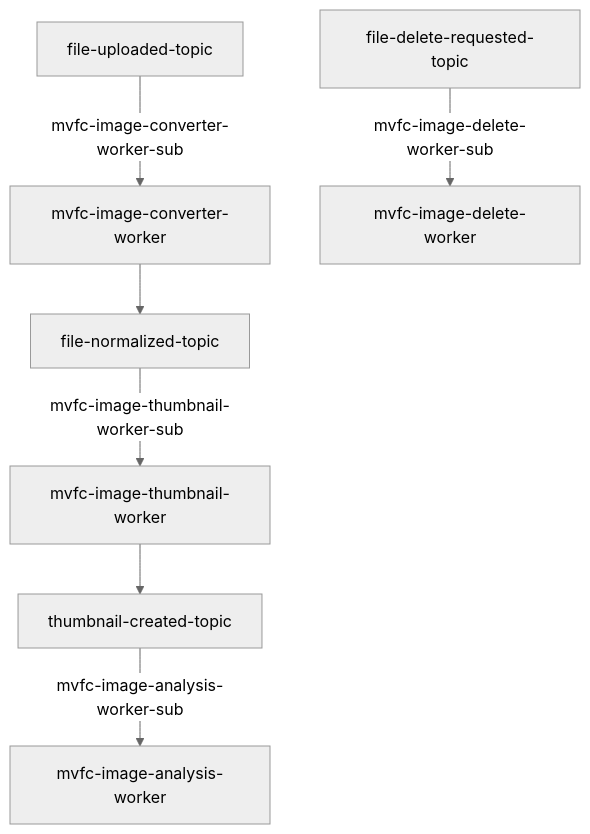
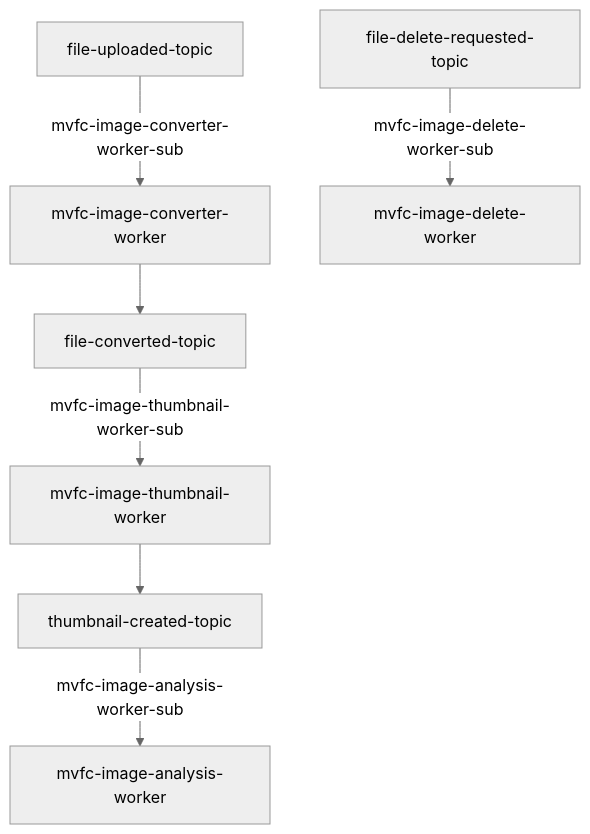
The fifth of 5 diagrams in README.pt-BR.md (Marcus-V-Freitas/MVFC.ImageProcessing), drawn with Mermaid (neutral theme) before and after one commit. The commit also changed other lines of this file and 59 other files, not shown here.

First line of the commit message:
refactor(core): adopt Clean Architecture, CQRS, and optimize Docker build caching

````diff
--- a/README.pt-BR.md
+++ b/README.pt-BR.md
@@ -234,9 +234,9 @@
 ```mermaid
 graph TD
     T1["file-uploaded-topic"] -->|mvfc-image-converter-worker-sub| CONV["mvfc-image-converter-worker"]
-    CONV --> T2["file-normalized-topic"]
+    CONV --> T2["file-converted-topic"]
     T2 -->|mvfc-image-thumbnail-worker-sub| TW["mvfc-image-thumbnail-worker"]
     TW --> T3["thumbnail-created-topic"]
     T3 -->|mvfc-image-analysis-worker-sub| IA["mvfc-image-analysis-worker"]
     T4["file-delete-requested-topic"] -->|mvfc-image-delete-worker-sub| DEL["mvfc-image-delete-worker"]
 ```
````
